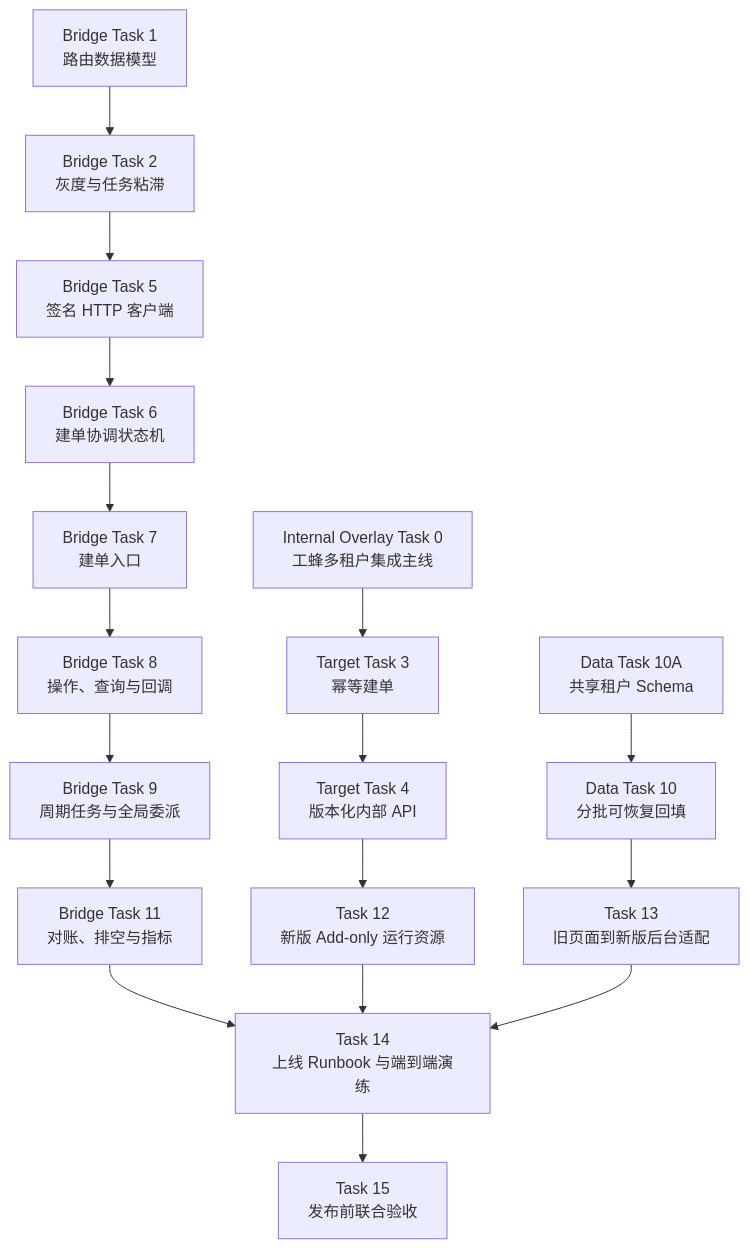
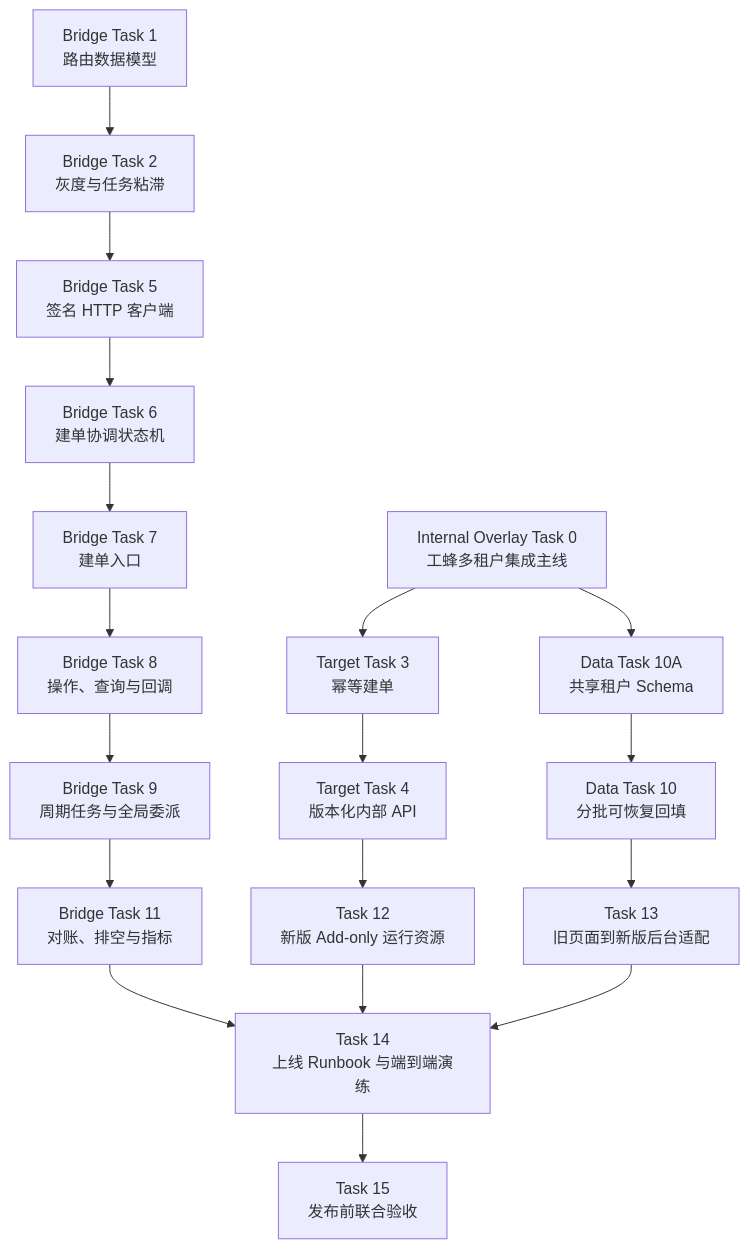
The diagram in docs/plans/2026-09-04-multi-tenant-gray-migration.md (TencentBlueKing/bk-sops), drawn with Mermaid before and after one commit.

Commit message:
docs: 补全迁移计划依赖关系 --story=137932246

````diff
--- a/docs/plans/2026-09-04-multi-tenant-gray-migration.md
+++ b/docs/plans/2026-09-04-multi-tenant-gray-migration.md
@@ -1235,31 +1235,31 @@
 ```mermaid
 flowchart TD
     T0["Internal Overlay Task 0<br/>工蜂多租户集成主线"]
     T3["Target Task 3<br/>幂等建单"]
     T4["Target Task 4<br/>版本化内部 API"]
     T12["Task 12<br/>新版 Add-only 运行资源"]
 
     T10A["Data Task 10A<br/>共享租户 Schema"]
     T10["Data Task 10<br/>分批可恢复回填"]
     T13["Task 13<br/>旧页面到新版后台适配"]
 
     T1["Bridge Task 1<br/>路由数据模型"]
     T2["Bridge Task 2<br/>灰度与任务粘滞"]
     T5["Bridge Task 5<br/>签名 HTTP 客户端"]
     T6["Bridge Task 6<br/>建单协调状态机"]
     T7["Bridge Task 7<br/>建单入口"]
     T8["Bridge Task 8<br/>操作、查询与回调"]
     T9["Bridge Task 9<br/>周期任务与全局委派"]
     T11["Bridge Task 11<br/>对账、排空与指标"]
 
     T14["Task 14<br/>上线 Runbook 与端到端演练"]
     T15["Task 15<br/>发布前联合验收"]
 
     T0 --> T3 --> T4 --> T12
-    T10A --> T10 --> T13
+    T0 --> T10A --> T10 --> T13
     T1 --> T2 --> T5 --> T6 --> T7 --> T8 --> T9 --> T11
     T11 --> T14
     T12 --> T14
     T13 --> T14
     T14 --> T15
 ```
````
